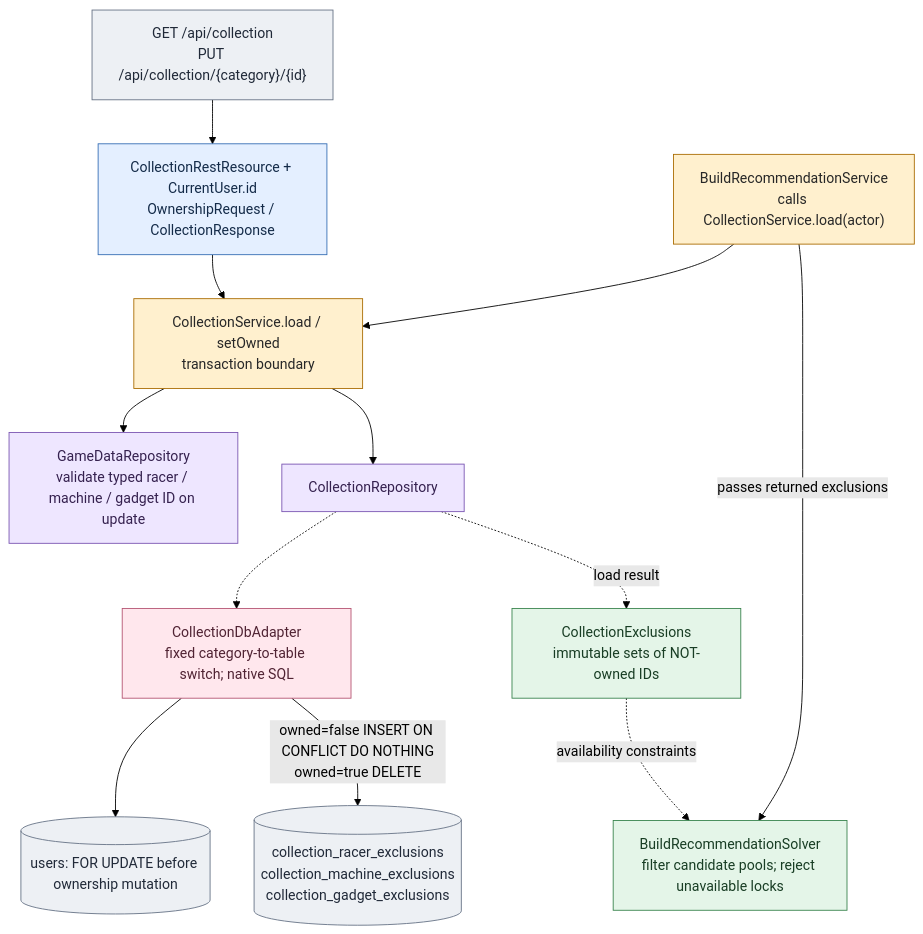
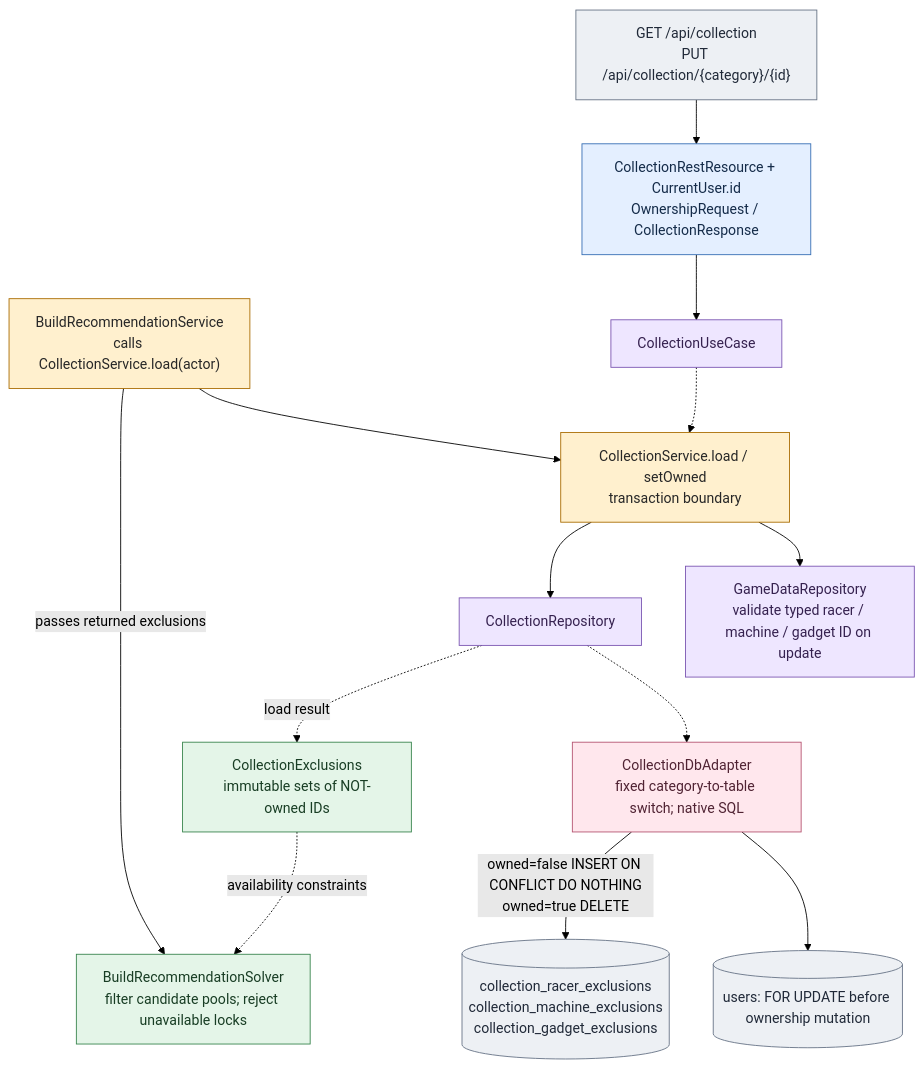
Diagram 20 of 31 in docs/architecture-atlas.md (alexungu04genoff/RingLab), drawn with Mermaid (forest theme) before and after one commit. The commit also changed other lines of this file and 100 other files, not shown here.

````diff
--- a/docs/architecture-atlas.md
+++ b/docs/architecture-atlas.md
@@ -1185,30 +1218,30 @@
 ```mermaid
 flowchart TB
   h["GET /api/collection<br/>PUT /api/collection/{category}/{id}"]:::outside
   r["CollectionRestResource + CurrentUser.id<br/>OwnershipRequest / CollectionResponse"]:::rest
   s["CollectionService.load / setOwned<br/>transaction boundary"]:::app
   game["GameDataRepository<br/>validate typed racer / machine / gadget ID on update"]:::port
   p["CollectionRepository"]:::port
   a["CollectionDbAdapter<br/>fixed category-to-table switch; native SQL"]:::adapter
   lock[("users: FOR UPDATE before ownership mutation")]:::outside
   tables[("collection_racer_exclusions<br/>collection_machine_exclusions<br/>collection_gadget_exclusions")]:::outside
   ex["CollectionExclusions<br/>immutable sets of NOT-owned IDs"]:::domain
   recommendation["BuildRecommendationService<br/>calls CollectionService.load(actor)"]:::app
   solver["BuildRecommendationSolver<br/>filter candidate pools; reject unavailable locks"]:::domain
-  h --> r --> s
+  h --> r --> input["CollectionUseCase"]:::port -.-> s
   s --> game
   s --> p
   p -.-> a
   a --> lock
   a -->|"owned=false INSERT ON CONFLICT DO NOTHING<br/>owned=true DELETE"| tables
   p -.->|"load result"| ex
   recommendation --> s
   recommendation -->|"passes returned exclusions"| solver
   ex -.->|"availability constraints"| solver
   classDef rest fill:#e4efff,stroke:#356db4,color:#142b49
   classDef app fill:#fff0ce,stroke:#a96b00,color:#272727
   classDef domain fill:#e4f5e8,stroke:#37834c,color:#183d24
   classDef port fill:#eee6ff,stroke:#7954b1,color:#35214f
   classDef adapter fill:#ffe7ed,stroke:#b45370,color:#502333
   classDef outside fill:#edf0f4,stroke:#657184,color:#202938
 ```
````
